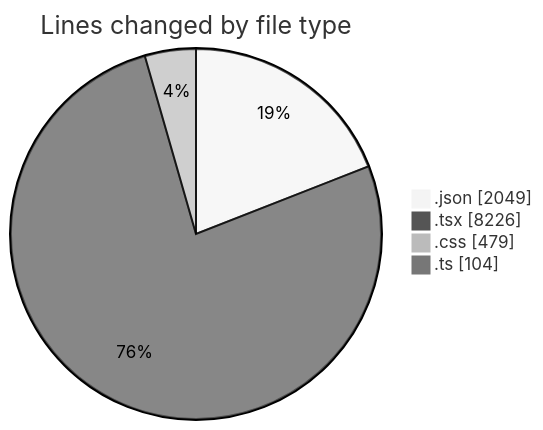
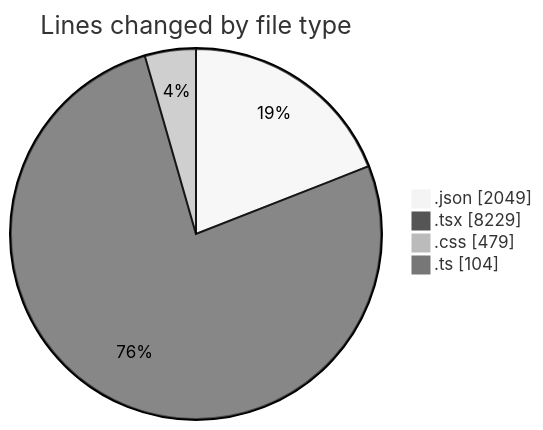
The first of 2 diagrams in 2025-08-14/ribbon/README.md (EIIisD/code-tracking), drawn with Mermaid (neutral theme) before and after one commit. The commit also changed other lines of this file and 1 other file, not shown here.

````diff
--- a/2025-08-14/ribbon/README.md
+++ b/2025-08-14/ribbon/README.md
@@ -34,8 +34,8 @@
 ```mermaid
 pie showData
 title Lines changed by file type
 ".json" : 2049
-".tsx" : 8226
+".tsx" : 8229
 ".css" : 479
 ".ts" : 104
 ```
````
